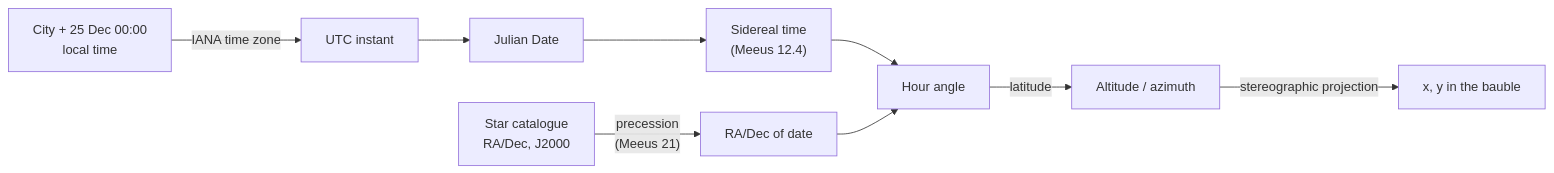
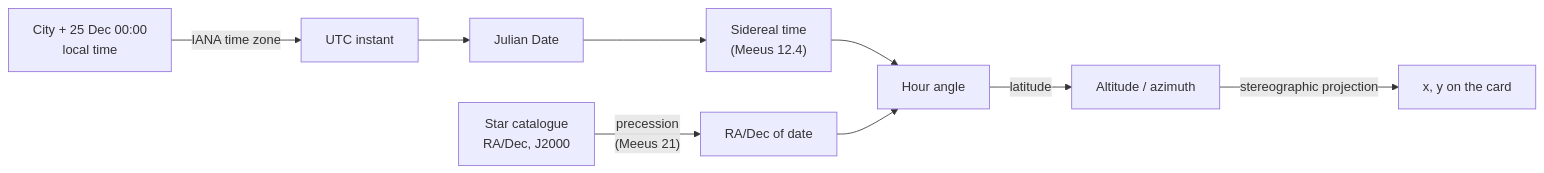
Before and after one commit to sayko89/starry-christmas: the diagram in README.md, drawn with Mermaid. The commit also changed other lines of this file and 15 other files, not shown here.

````diff
--- a/README.md
+++ b/README.md
@@ -60,11 +62,11 @@
 ```mermaid
 flowchart LR
     A["City + 25 Dec 00:00<br>local time"] -->|IANA time zone| B["UTC instant"]
     B --> C["Julian Date"]
     C --> D["Sidereal time<br>(Meeus 12.4)"]
     E["Star catalogue<br>RA/Dec, J2000"] -->|"precession<br>(Meeus 21)"| F["RA/Dec of date"]
     D --> G["Hour angle"]
     F --> G
     G -->|latitude| H["Altitude / azimuth"]
-    H -->|stereographic projection| I["x, y in the bauble"]
+    H -->|stereographic projection| I["x, y on the card"]
 ```
````
